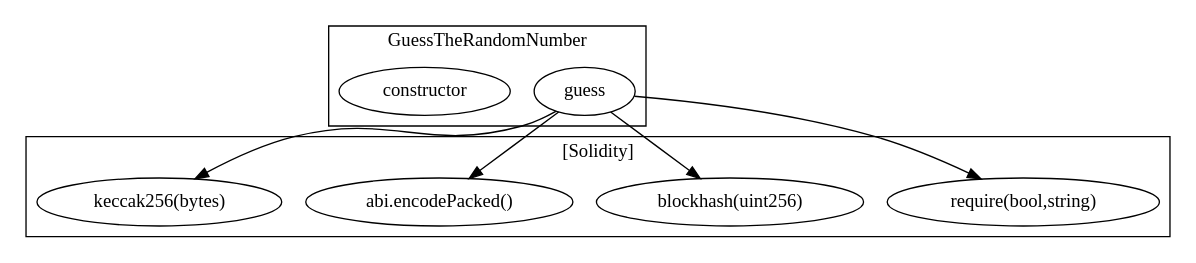
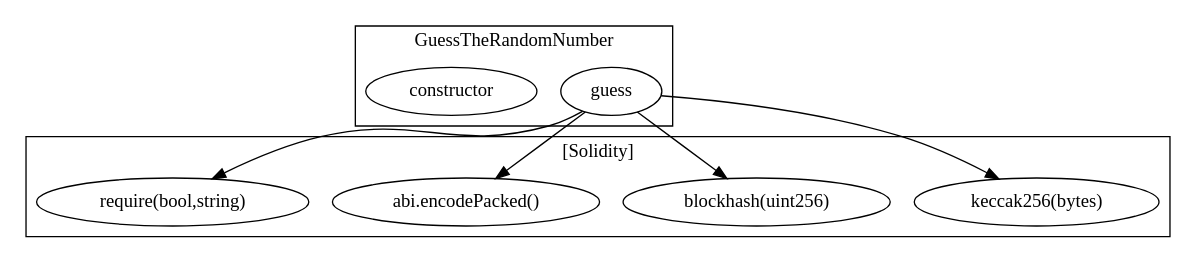
The diagram in result/call_graph_results/call-graph.dot (siksum/SafeDevAnalyzer), drawn with Graphviz before and after one commit. The commit also changed other lines of this file and 21 other files, not shown here.

```diff
--- a/result/call_graph_results/call-graph.dot
+++ b/result/call_graph_results/call-graph.dot
@@ -1,17 +1,17 @@
 strict digraph {
 subgraph cluster_51_GuessTheRandomNumber {
 label = "GuessTheRandomNumber"
 "51_guess" [label="guess"]
 "51_constructor" [label="constructor"]
 }subgraph cluster_solidity {
 label = "[Solidity]"
-"require(bool,string)" 
+"keccak256(bytes)" 
 "blockhash(uint256)" 
 "abi.encodePacked()" 
-"keccak256(bytes)" 
+"require(bool,string)" 
+"51_guess" -> "keccak256(bytes)"
+"51_guess" -> "require(bool,string)"
 "51_guess" -> "blockhash(uint256)"
 "51_guess" -> "abi.encodePacked()"
-"51_guess" -> "require(bool,string)"
-"51_guess" -> "keccak256(bytes)"
 }
 }
```
